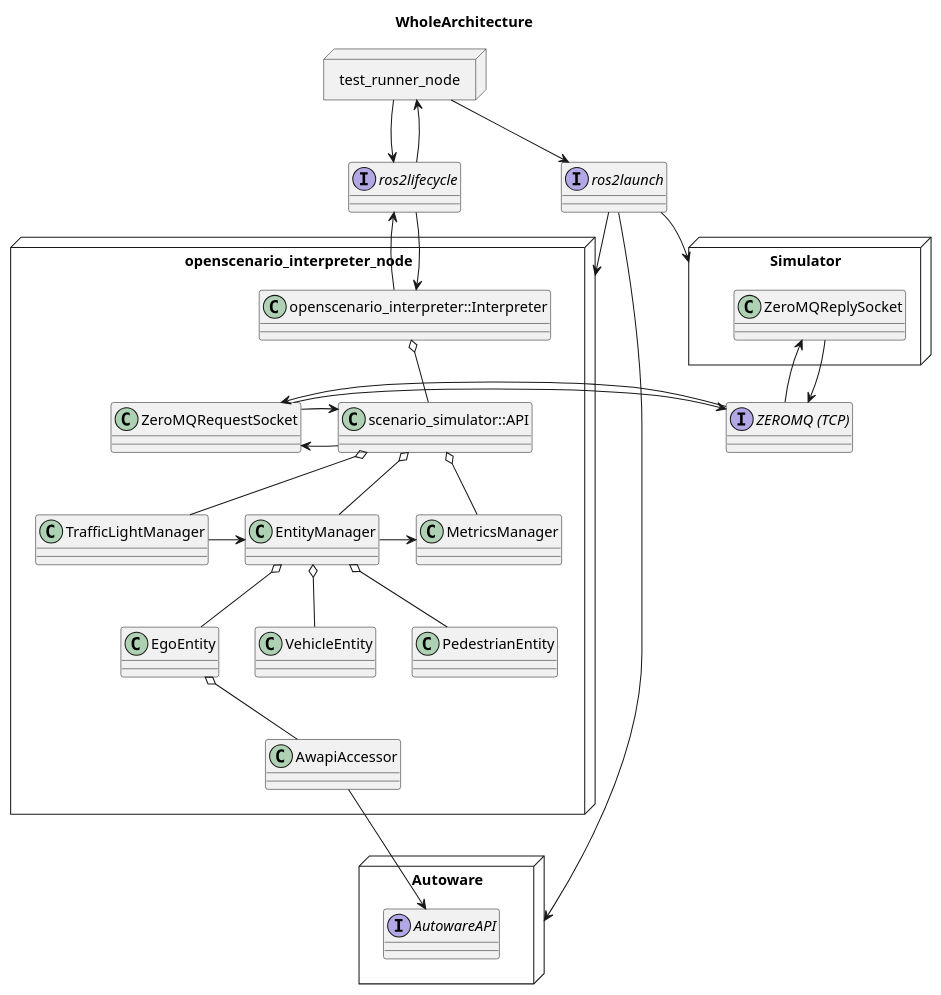
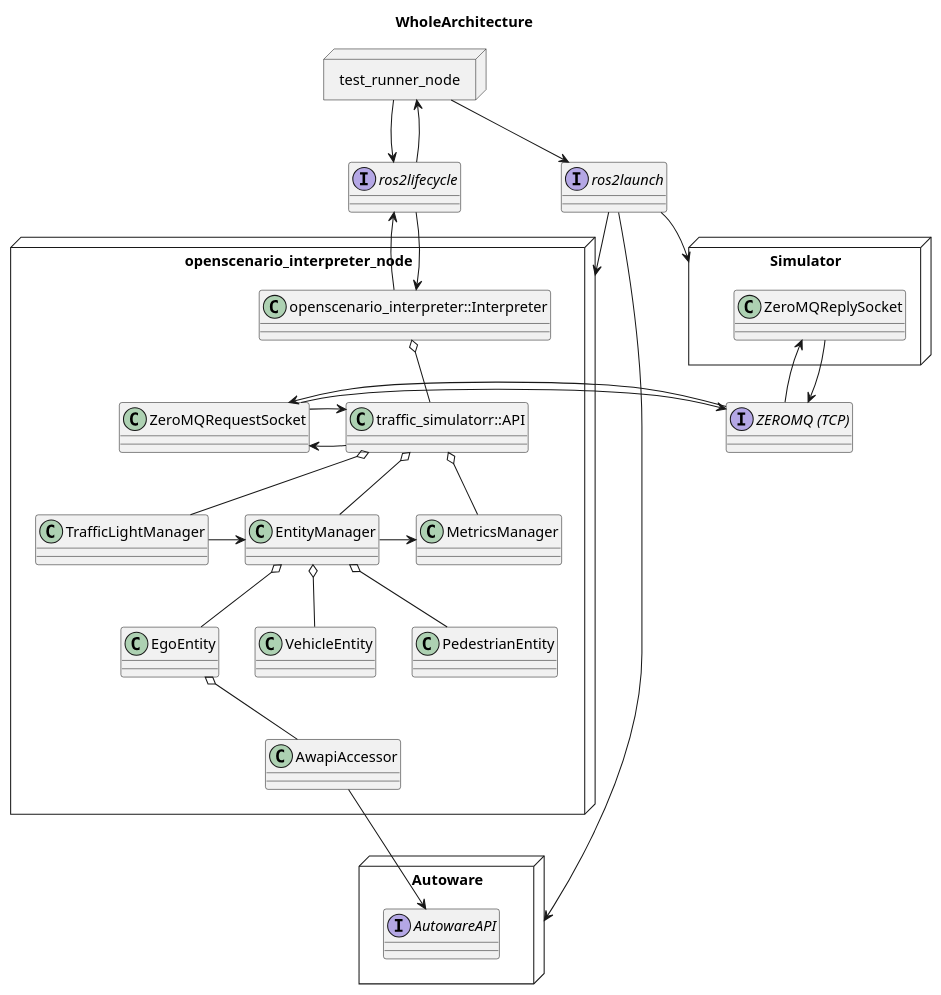
One commit to tier4/scenario_simulator_v2 changed the diagram in docs/design/uml/whole_architecture.pu. Above: the diagram before and after it, drawn with PlantUML. The commit also changed 15 other files, not shown here.

```diff
--- a/docs/design/uml/whole_architecture.pu
+++ b/docs/design/uml/whole_architecture.pu
@@ -1,68 +1,68 @@
 @startuml
 allow_mixing
 title WholeArchitecture
 
 interface ros2lifecycle
 
 Node openscenario_interpreter_node {
   class openscenario_interpreter::Interpreter
   class EntityManager
   class TrafficLightManager
   class MetricsManager
-  class scenario_simulator::API
+  class traffic_simulatorr::API
   class ZeroMQRequestSocket
-  openscenario_interpreter::Interpreter o-- scenario_simulator::API
-  scenario_simulator::API o-- EntityManager
-  scenario_simulator::API o-- TrafficLightManager
-  scenario_simulator::API o-- MetricsManager
+  openscenario_interpreter::Interpreter o-- traffic_simulatorr::API
+  traffic_simulatorr::API o-- EntityManager
+  traffic_simulatorr::API o-- TrafficLightManager
+  traffic_simulatorr::API o-- MetricsManager
   TrafficLightManager -right-> EntityManager
   EntityManager -right-> MetricsManager
   class EgoEntity
   class VehicleEntity
   class PedestrianEntity
   EntityManager o-- EgoEntity
   EntityManager o-- VehicleEntity
   EntityManager o-- PedestrianEntity
   class AwapiAccessor
   EgoEntity o-- AwapiAccessor
 }
 
 openscenario_interpreter::Interpreter -up-> ros2lifecycle
 
 ros2lifecycle -down-> openscenario_interpreter::Interpreter
 
 Node test_runner_node {
 }
 
 test_runner_node -down-> ros2lifecycle
 ros2lifecycle -up-> test_runner_node
 
 Node Autoware {
   Interface AutowareAPI
 }
 
 AwapiAccessor -down-> AutowareAPI
 
 interface ros2launch
 
 test_runner_node -down-> ros2launch
 ros2launch -down-> Autoware
 ros2launch -down-> openscenario_interpreter_node
 
 interface "ZEROMQ (TCP)"
 
-scenario_simulator::API -left-> ZeroMQRequestSocket
-ZeroMQRequestSocket -right-> scenario_simulator::API
+traffic_simulatorr::API -left-> ZeroMQRequestSocket
+ZeroMQRequestSocket -right-> traffic_simulatorr::API
 ZeroMQRequestSocket -right-> "ZEROMQ (TCP)"
 "ZEROMQ (TCP)" -left-> ZeroMQRequestSocket
 
 Node Simulator {
   class ZeroMQReplySocket
 }
 
 ros2launch -down-> Simulator
 
 "ZEROMQ (TCP)" -up-> ZeroMQReplySocket
 ZeroMQReplySocket -down-> "ZEROMQ (TCP)"
 
 @enduml
```
